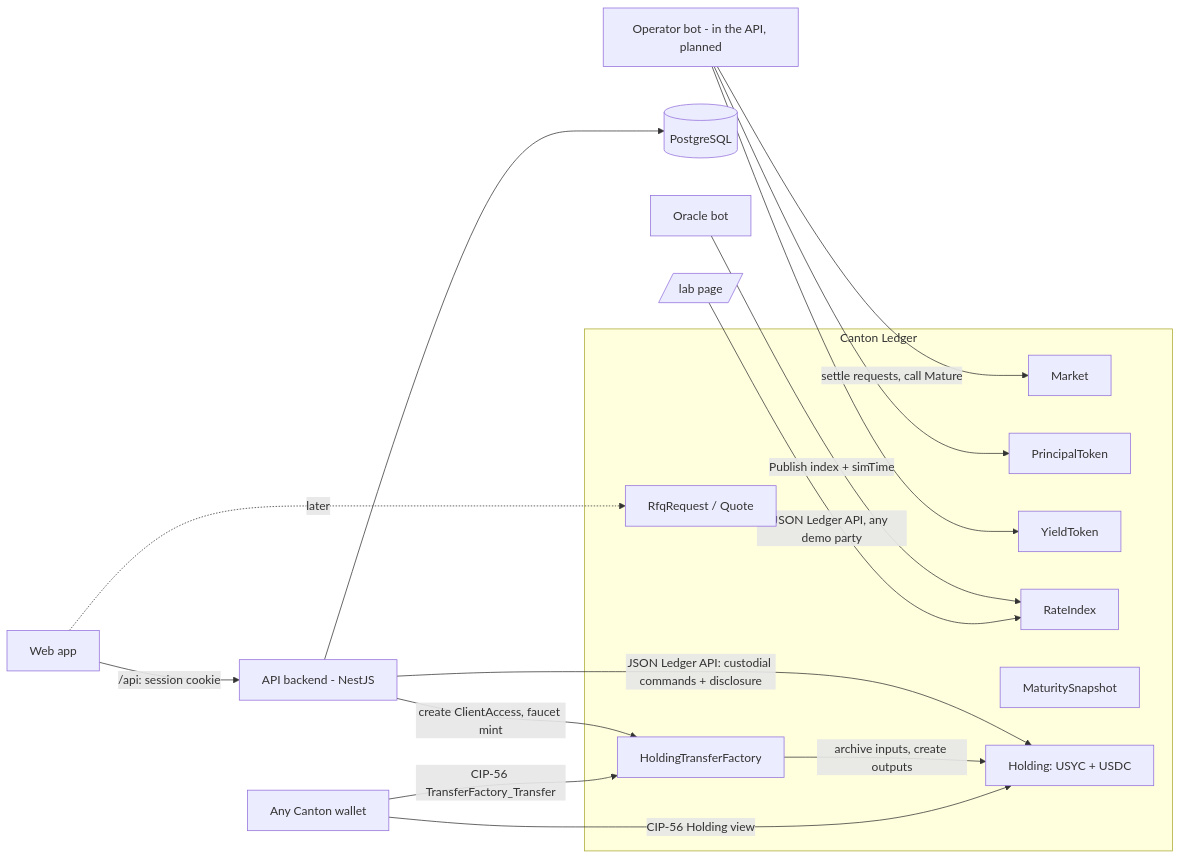
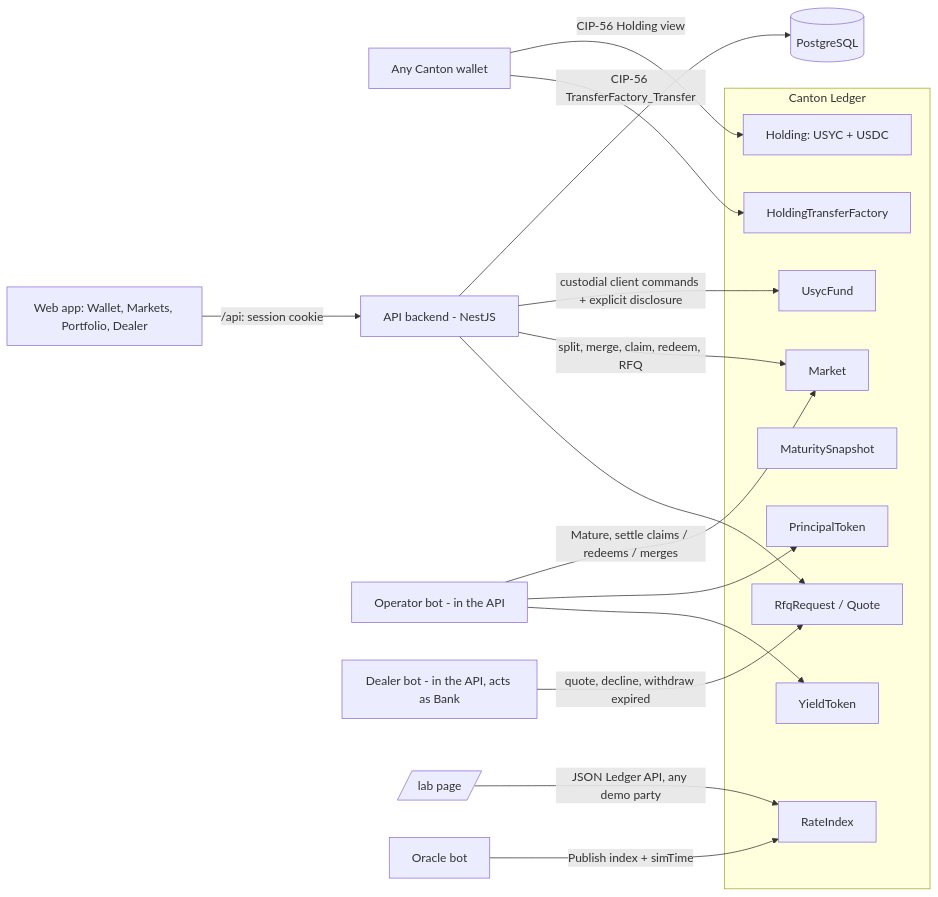
The first of 4 diagrams in docs/exodus.md (ayoubbuoya/exodus), drawn with Mermaid before and after one commit. The commit also changed other lines of this file and 15 other files, not shown here.

````diff
--- a/docs/exodus.md
+++ b/docs/exodus.md
@@ -144,27 +144,28 @@
 ```mermaid
 flowchart LR
   subgraph Canton Ledger
     M[Market]
     PT[PrincipalToken]
     YT[YieldToken]
     RI[RateIndex]
     MS[MaturitySnapshot]
     Q[RfqRequest / Quote]
     H[Holding: USYC + USDC]
     TF[HoldingTransferFactory]
+    F[UsycFund]
   end
 
   W[Any Canton wallet] -->|CIP-56 Holding view| H
   W -->|CIP-56 TransferFactory_Transfer| TF
-  TF -->|archive inputs, create outputs| H
-  UI[Web app] -->|/api: session cookie| API[API backend - NestJS]
+  UI[Web app: Wallet, Markets, Portfolio, Dealer] -->|/api: session cookie| API[API backend - NestJS]
   API --> DB[(PostgreSQL)]
-  API -->|JSON Ledger API: custodial commands + disclosure| H
-  API -->|create ClientAccess, faucet mint| TF
-  LAB[/lab page/] -->|JSON Ledger API, any demo party| RI
-  UI -. later .-> Q
-  OB[Operator bot - in the API, planned] -->|settle requests, call Mature| M
+  API -->|custodial client commands + explicit disclosure| F
+  API -->|split, merge, claim, redeem, RFQ| M
+  API --> Q
+  OB[Operator bot - in the API] -->|Mature, settle claims / redeems / merges| M
   OB --> PT
   OB --> YT
+  DB2[Dealer bot - in the API, acts as Bank] -->|quote, decline, withdraw expired| Q
+  LAB[/lab page/] -->|JSON Ledger API, any demo party| RI
   ORB[Oracle bot] -->|Publish index + simTime| RI
 ```
````
